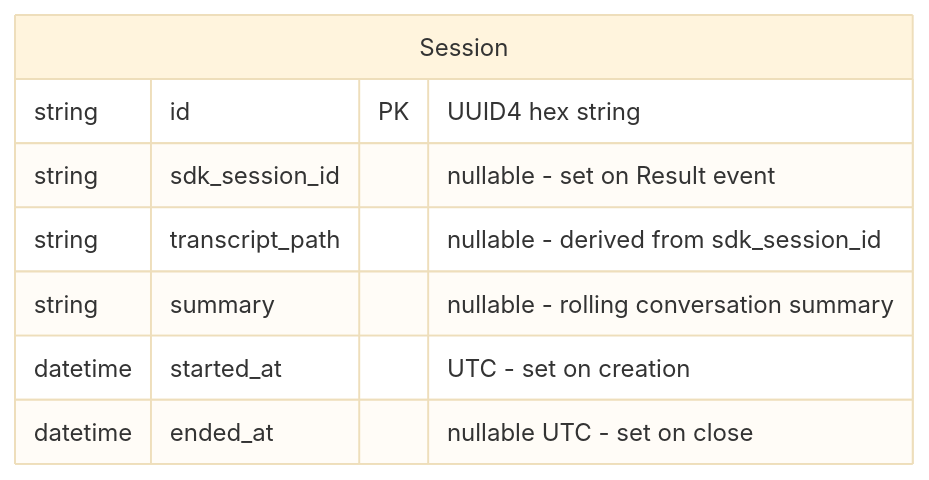
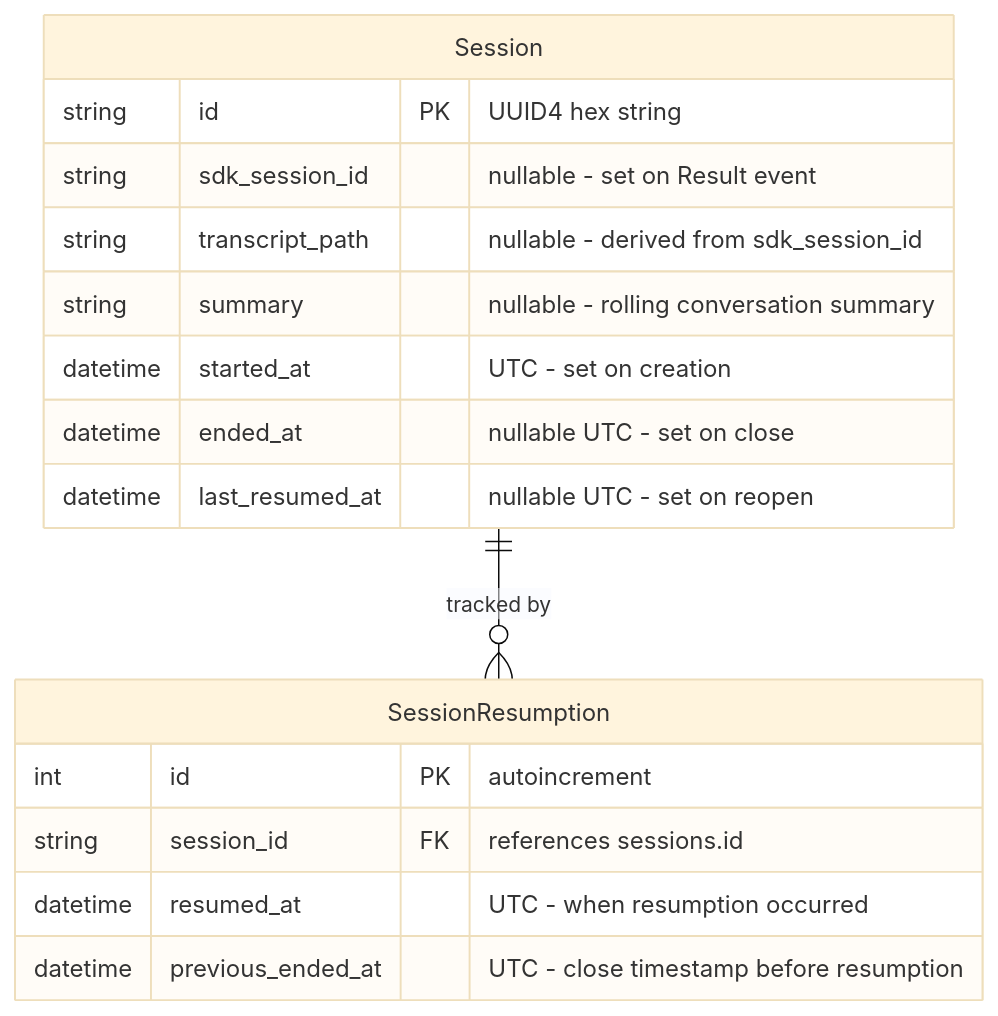
The second of 2 diagrams in docs/feature-designs/agent/sessions.md (asermax/tachikoma), drawn with Mermaid (base theme) before and after one commit. The commit also changed other lines of this file and 11 other files, not shown here.

````diff
--- a/docs/feature-designs/agent/sessions.md
+++ b/docs/feature-designs/agent/sessions.md
@@ -142,11 +142,19 @@
 ```mermaid
 erDiagram
+    Session ||--o{ SessionResumption : "tracked by"
     Session {
         string id PK "UUID4 hex string"
         string sdk_session_id "nullable - set on Result event"
         string transcript_path "nullable - derived from sdk_session_id"
         string summary "nullable - rolling conversation summary"
         datetime started_at "UTC - set on creation"
         datetime ended_at "nullable UTC - set on close"
+        datetime last_resumed_at "nullable UTC - set on reopen"
+    }
+    SessionResumption {
+        int id PK "autoincrement"
+        string session_id FK "references sessions.id"
+        datetime resumed_at "UTC - when resumption occurred"
+        datetime previous_ended_at "UTC - close timestamp before resumption"
     }
 ```
````
